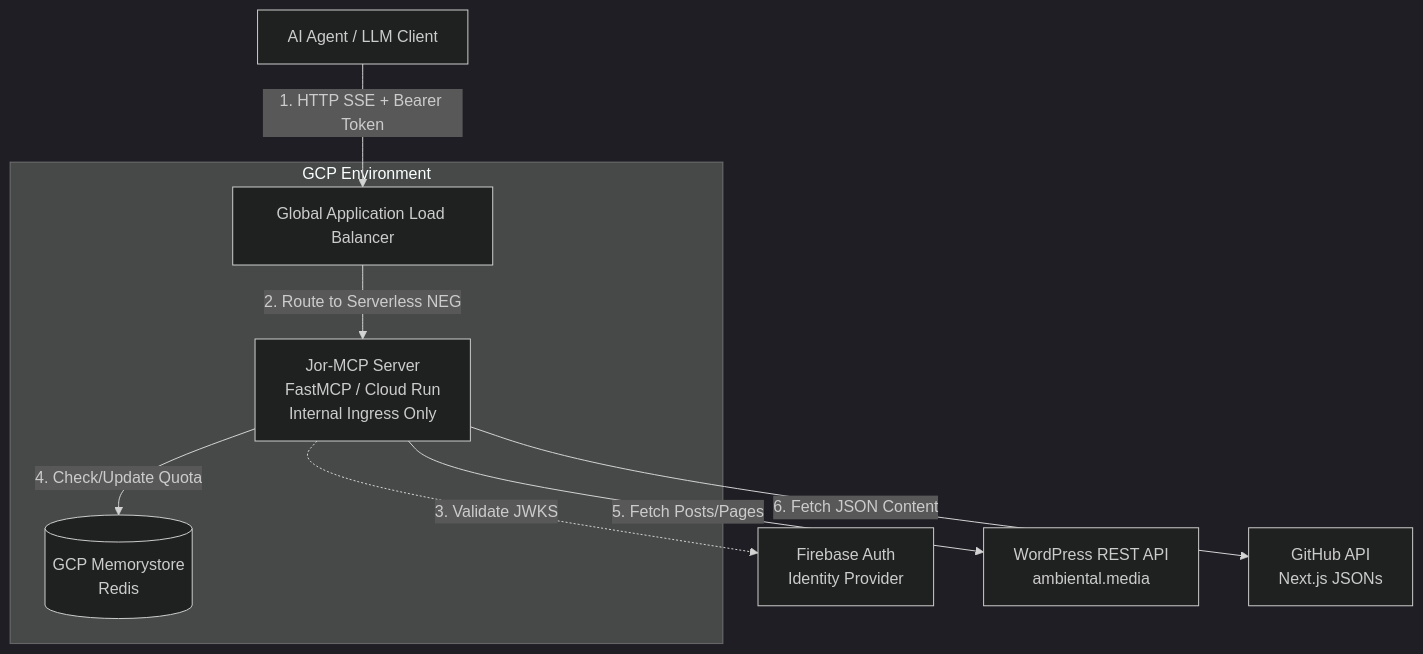
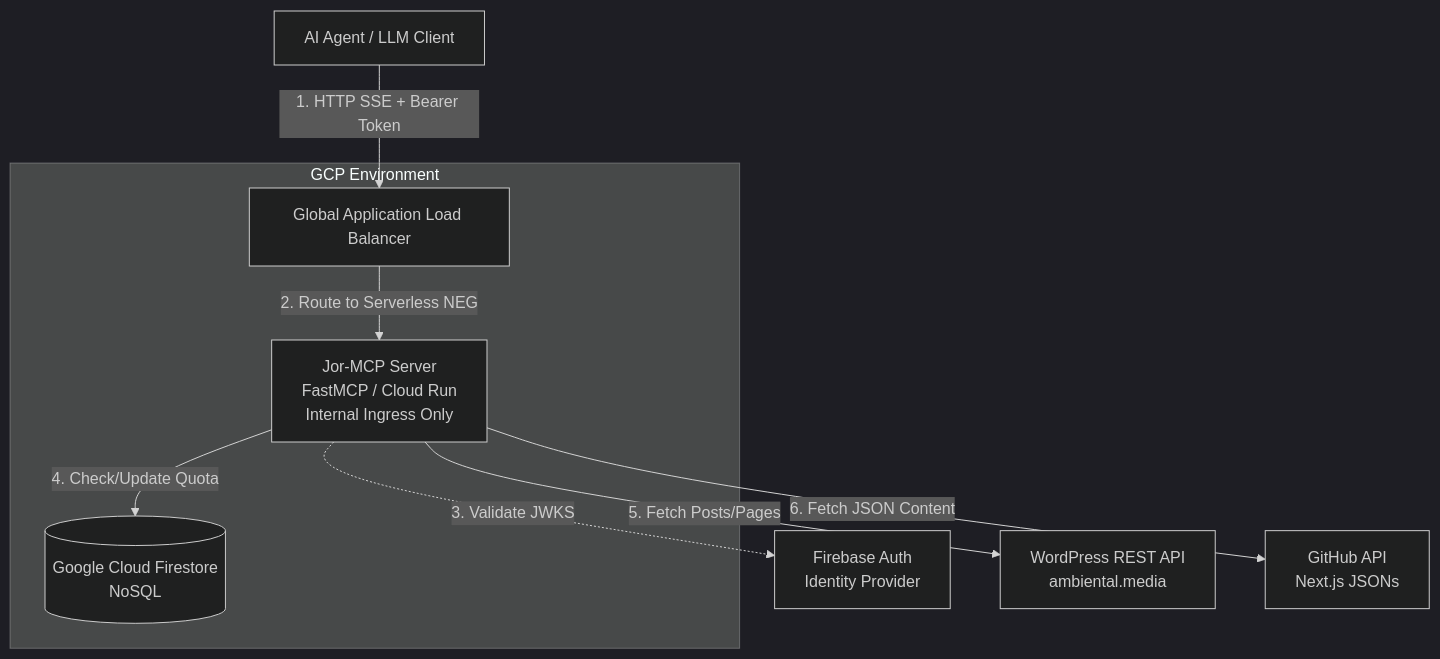
The first of 2 diagrams in docs/1-technical/architecture.md (ambiental-media/jor-mcp), drawn with Mermaid before and after one commit. The commit also changed other lines of this file and 6 other files, not shown here.

````diff
--- a/docs/1-technical/architecture.md
+++ b/docs/1-technical/architecture.md
@@ -9,31 +9,31 @@
 ```mermaid
 %%{init: {'theme': 'dark'}}%%
 graph TD
     %% External Actors
     Client[AI Agent / LLM Client]
     
     %% Core System
     subgraph GCP Environment
         LB[Global Application Load Balancer]
         JorMCP[Jor-MCP Server \n FastMCP / Cloud Run \n Internal Ingress Only]
-        Redis[(GCP Memorystore \n Redis)]
+        Firestore[(Google Cloud Firestore \n NoSQL)]
     end
     
     %% External Services
     FirebaseAuth[Firebase Auth \n Identity Provider]
     WP[WordPress REST API \n ambiental.media]
     GH[GitHub API \n Next.js JSONs]
 
     %% Relationships
     Client -- "1. HTTP SSE + Bearer Token" --> LB
     LB -- "2. Route to Serverless NEG" --> JorMCP
     JorMCP -. "3. Validate JWKS" .-> FirebaseAuth
-    JorMCP -- "4. Check/Update Quota" --> Redis
+    JorMCP -- "4. Check/Update Quota" --> Firestore
     JorMCP -- "5. Fetch Posts/Pages" --> WP
     JorMCP -- "6. Fetch JSON Content" --> GH
     
     class Client,FirebaseAuth,WP,GH external;
     class JorMCP internal;
     class LB gateway;
-    class Redis db;
+    class Firestore db;
 ```
````
